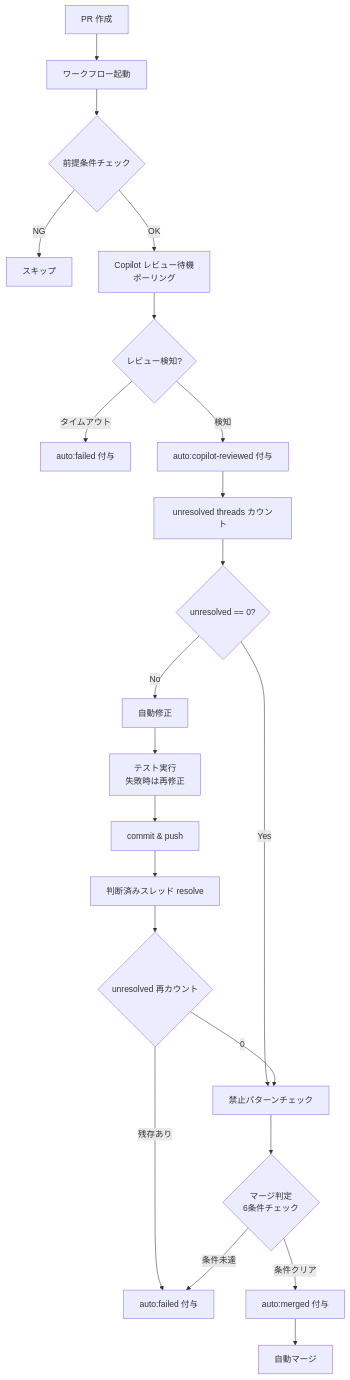
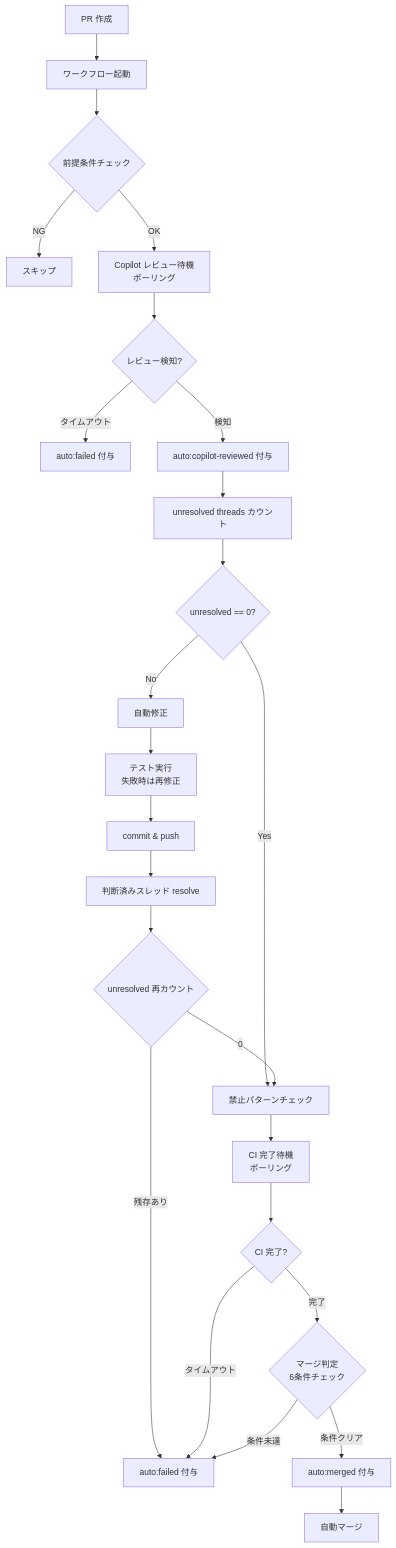
One commit to becky3/shared-workflows changed the diagram in docs/specs/copilot-auto-fix.md. Above: the diagram before and after it, drawn with Mermaid. The commit also changed other lines of this file and 3 other files, not shown here.

````diff
--- a/docs/specs/copilot-auto-fix.md
+++ b/docs/specs/copilot-auto-fix.md
@@ -48,24 +48,27 @@
 ```mermaid
 flowchart TD
     A[PR 作成] --> B[ワークフロー起動]
     B --> B0{前提条件チェック}
     B0 -->|NG| Z[スキップ]
     B0 -->|OK| B1[Copilot レビュー待機<br/>ポーリング]
     B1 --> B2{レビュー検知?}
     B2 -->|タイムアウト| I2[auto:failed 付与]
     B2 -->|検知| B3[auto:copilot-reviewed 付与]
     B3 --> J[unresolved threads カウント]
     J --> K{unresolved == 0?}
     K -->|Yes| L0[禁止パターンチェック]
     K -->|No| M[自動修正]
     M --> M2[テスト実行<br/>失敗時は再修正]
     M2 --> M3[commit & push]
     M3 --> N[判断済みスレッド resolve]
     N --> N2{unresolved 再カウント}
     N2 -->|残存あり| P[auto:failed 付与]
     N2 -->|0| L0
-    L0 --> L{マージ判定<br/>6条件チェック}
+    L0 --> CI[CI 完了待機<br/>ポーリング]
+    CI --> CI2{CI 完了?}
+    CI2 -->|タイムアウト| P[auto:failed 付与]
+    CI2 -->|完了| L{マージ判定<br/>6条件チェック}
     L -->|条件クリア| L2[auto:merged 付与]
     L2 --> O[自動マージ]
     L -->|条件未達| P
 ```
````
